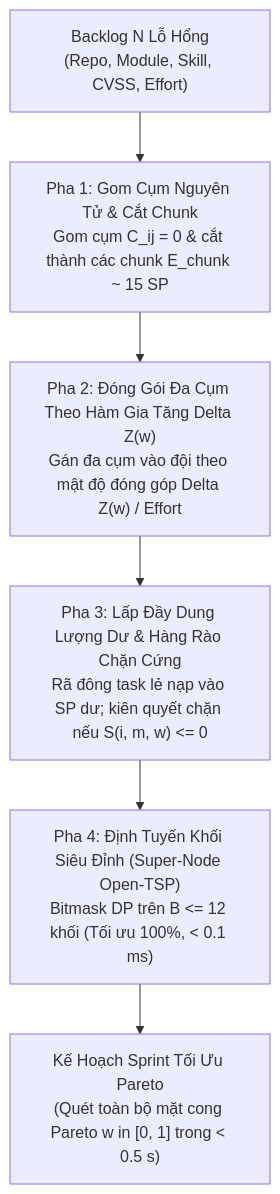
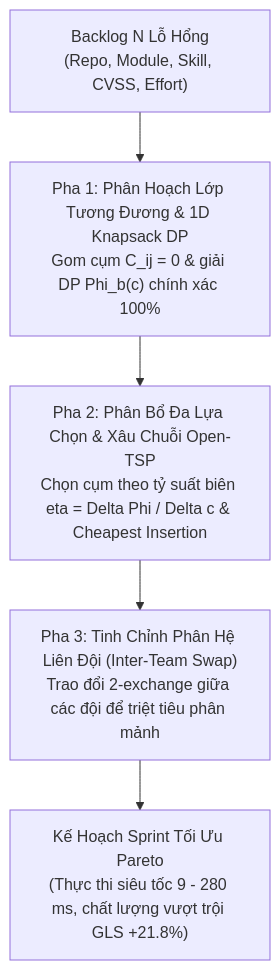
Before and after one commit to k1b1t0/prj3-algorithm: the diagram in README.md, drawn with Mermaid. The commit also changed other lines of this file and 2 other files, not shown here.

Commit message:
fix(benchmark): compute all 3 weights, refine pareto plots with errorbars, and update README CLI guide

````diff
--- a/README.md
+++ b/README.md
@@ -37,8 +30,7 @@
 ```mermaid
 flowchart TD
-    A["Backlog N Lỗ Hổng<br/>(Repo, Module, Skill, CVSS, Effort)"] --> B["Pha 1: Gom Cụm Nguyên Tử & Cắt Chunk<br/>Gom cụm C_ij = 0 & cắt thành các chunk E_chunk ~ 15 SP"]
-    B --> C["Pha 2: Đóng Gói Đa Cụm Theo Hàm Gia Tăng Delta Z(w)<br/>Gán đa cụm vào đội theo mật độ đóng góp Delta Z(w) / Effort"]
-    C --> D["Pha 3: Lấp Đầy Dung Lượng Dư & Hàng Rào Chặn Cứng<br/>Rã đông task lẻ nạp vào SP dư; kiên quyết chặn nếu S(i, m, w) <= 0"]
-    D --> E["Pha 4: Định Tuyến Khối Siêu Đỉnh (Super-Node Open-TSP)<br/>Bitmask DP trên B <= 12 khối (Tối ưu 100%, < 0.1 ms)"]
-    E --> F["Kế Hoạch Sprint Tối Ưu Pareto<br/>(Quét toàn bộ mặt cong Pareto w in [0, 1] trong < 0.5 s)"]
+    A["Backlog N Lỗ Hổng<br/>(Repo, Module, Skill, CVSS, Effort)"] --> B["Pha 1: Phân Hoạch Lớp Tương Đương & 1D Knapsack DP<br/>Gom cụm C_ij = 0 & giải DP Phi_b(c) chính xác 100%"]
+    B --> C["Pha 2: Phân Bổ Đa Lựa Chọn & Xâu Chuỗi Open-TSP<br/>Chọn cụm theo tỷ suất biên eta = Delta Phi / Delta c & Cheapest Insertion"]
+    C --> D["Pha 3: Tinh Chỉnh Phân Hệ Liên Đội (Inter-Team Swap)<br/>Trao đổi 2-exchange giữa các đội để triệt tiêu phân mảnh"]
+    D --> E["Kế Hoạch Sprint Tối Ưu Pareto<br/>(Thực thi siêu tốc 9 - 280 ms, chất lượng vượt trội GLS +21.8%)"]
 ```
````
